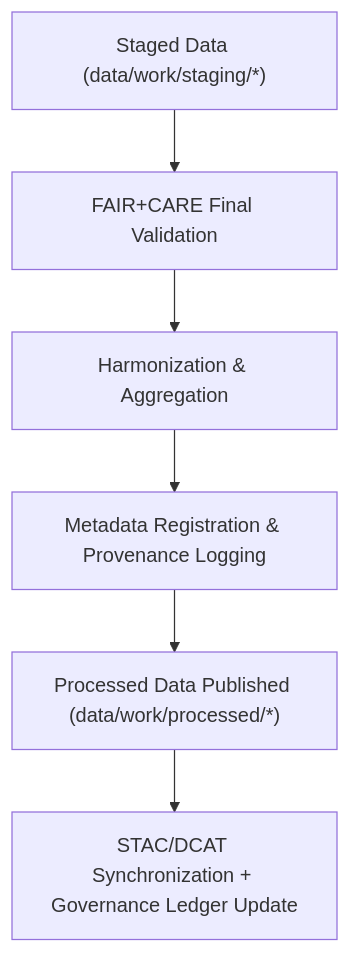
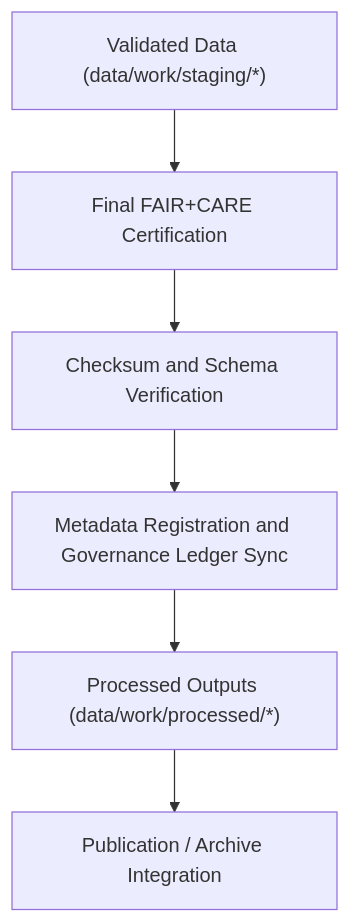
Before and after one commit to bartytime4life/Kansas-Frontier-Matrix: the diagram in data/work/processed/README.md, drawn with Mermaid. The commit also changed other lines of this file, not shown here.

````diff
--- a/data/work/processed/README.md
+++ b/data/work/processed/README.md
@@ -94,8 +66,8 @@
 ```mermaid
 flowchart TD
-    A["Staged Data (data/work/staging/*)"] --> B["FAIR+CARE Final Validation"]
-    B --> C["Harmonization & Aggregation"]
-    C --> D["Metadata Registration & Provenance Logging"]
-    D --> E["Processed Data Published (data/work/processed/*)"]
-    E --> F["STAC/DCAT Synchronization + Governance Ledger Update"]
+    A["Validated Data (data/work/staging/*)"] --> B["Final FAIR+CARE Certification"]
+    B --> C["Checksum and Schema Verification"]
+    C --> D["Metadata Registration and Governance Ledger Sync"]
+    D --> E["Processed Outputs (data/work/processed/*)"]
+    E --> F["Publication / Archive Integration"]
 ```
````
